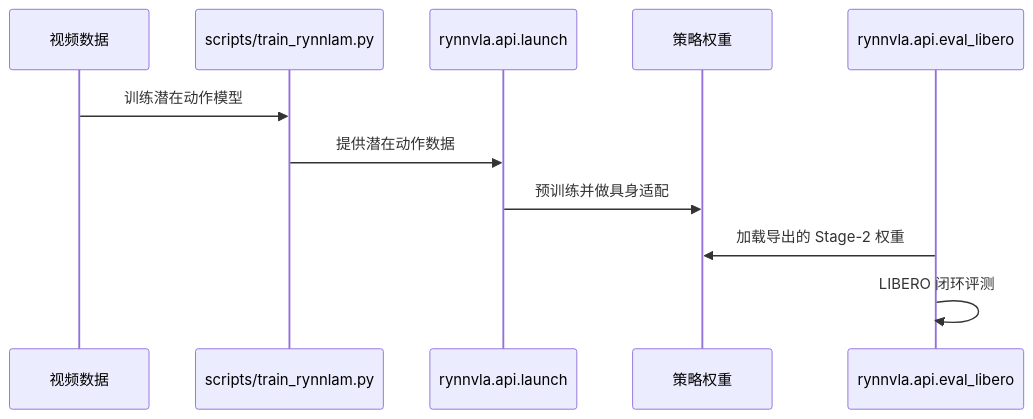
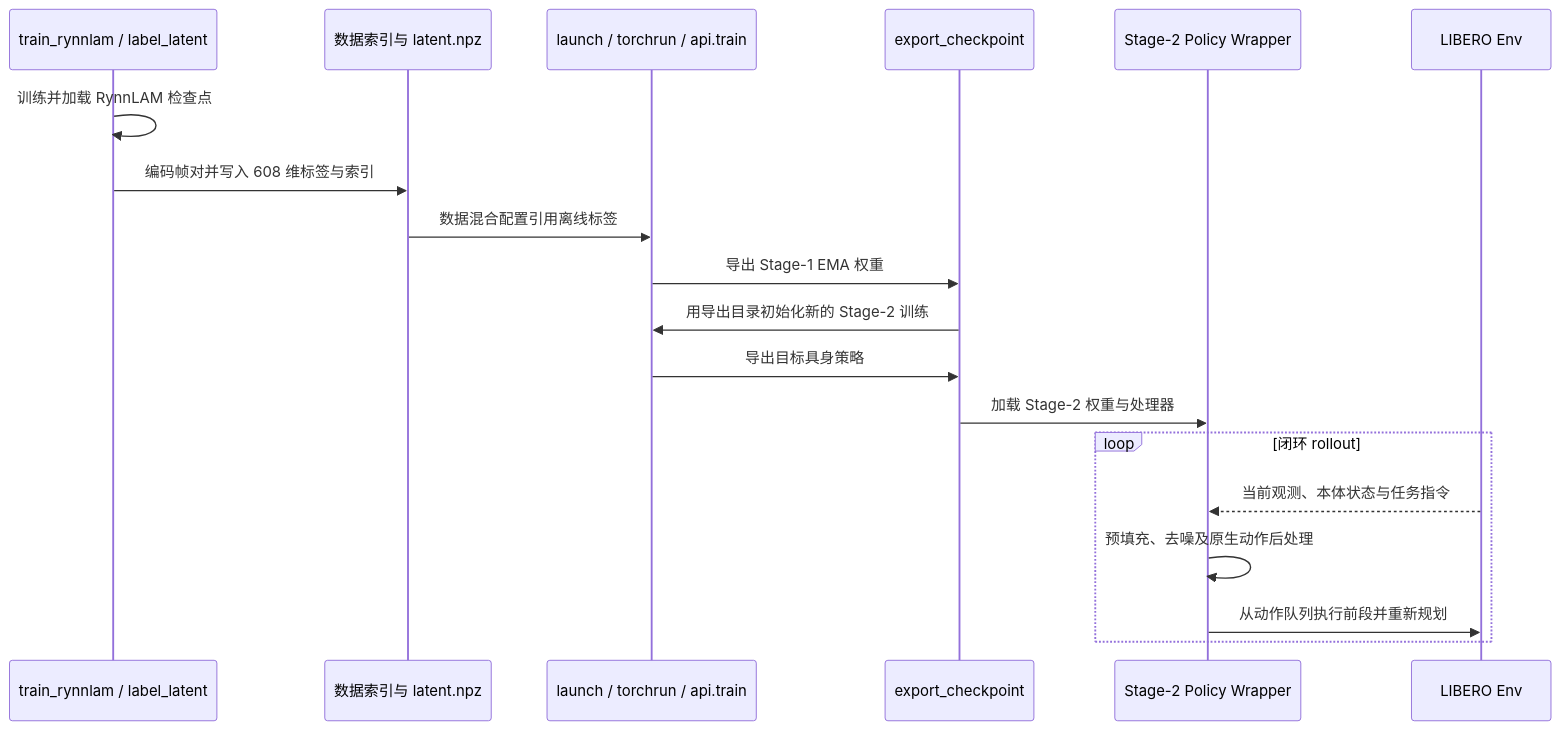
One commit to ImChong/Robotics_Notebooks changed the second of 2 diagrams in wiki/entities/paper-rynnvla-latent.md. Above: the diagram before and after it, drawn with Mermaid. The commit also changed other lines of this file and 4 other files, not shown here.

Commit message:
复核 RynnVLA-Latent v1 与公开权重及源码闭环

````diff
--- a/wiki/entities/paper-rynnvla-latent.md
+++ b/wiki/entities/paper-rynnvla-latent.md
@@ -45,13 +72,21 @@
 ```mermaid
 sequenceDiagram
-    participant D as 视频数据
-    participant L as scripts/train_rynnlam.py
-    participant T as rynnvla.api.launch
-    participant M as 策略权重
-    participant E as rynnvla.api.eval_libero
-    D->>L: 训练潜在动作模型
-    L->>T: 提供潜在动作数据
-    T->>M: 预训练并做具身适配
-    E->>M: 加载导出的 Stage-2 权重
-    E->>E: LIBERO 闭环评测
+  participant M as train_rynnlam / label_latent
+  participant D as 数据索引与 latent.npz
+  participant T as launch / torchrun / api.train
+  participant X as export_checkpoint
+  participant P as Stage-2 Policy Wrapper
+  participant E as LIBERO Env
+  M->>M: 训练并加载 RynnLAM 检查点
+  M->>D: 编码帧对并写入 608 维标签与索引
+  D->>T: 数据混合配置引用离线标签
+  T->>X: 导出 Stage-1 EMA 权重
+  X->>T: 用导出目录初始化新的 Stage-2 训练
+  T->>X: 导出目标具身策略
+  X->>P: 加载 Stage-2 权重与处理器
+  loop 闭环 rollout
+    E-->>P: 当前观测、本体状态与任务指令
+    P->>P: 预填充、去噪及原生动作后处理
+    P->>E: 从动作队列执行前段并重新规划
+  end
 ```
````
